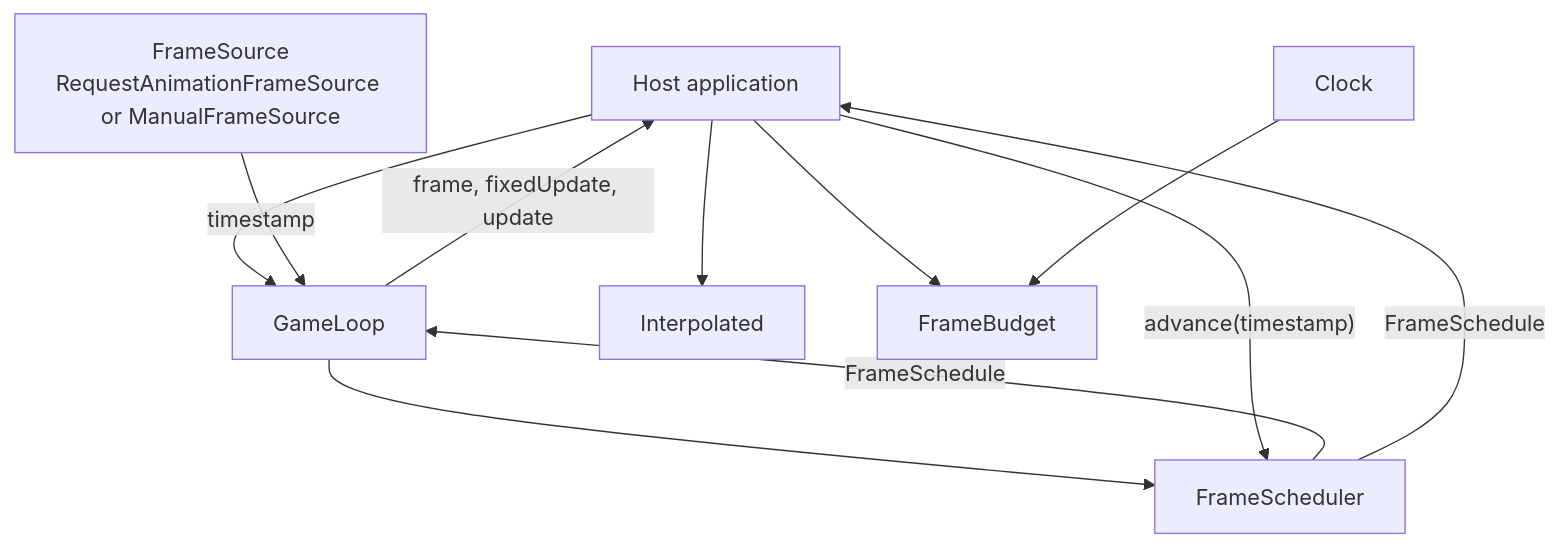
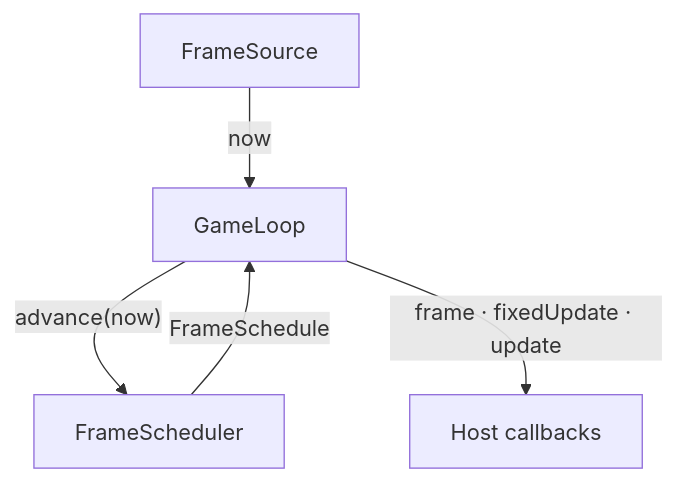
One commit to JollyPixel/editor changed the first of 3 diagrams in packages/loop/ARCHITECTURE.md. Above: the diagram before and after it, drawn with Mermaid. The commit also changed other lines of this file and 13 other files, not shown here.

Commit message:
docs(loop): revamp API docs + ARCHITECTURE.md / GLOSSARY.md

````diff
--- a/packages/loop/ARCHITECTURE.md
+++ b/packages/loop/ARCHITECTURE.md
@@ -7,15 +6,7 @@
 ```mermaid
 flowchart TB
-    Host["Host application"] --> Loop["GameLoop"]
-    Source["FrameSource<br/>RequestAnimationFrameSource or ManualFrameSource"] -->|"timestamp"| Loop
-    Loop --> Scheduler["FrameScheduler"]
+    Source["FrameSource"] -->|"now"| Loop["GameLoop"]
+    Loop -->|"advance(now)"| Scheduler["FrameScheduler"]
     Scheduler -->|"FrameSchedule"| Loop
-    Loop -->|"frame, fixedUpdate, update"| Host
-
-    Host -->|"advance(timestamp)"| Scheduler
-    Scheduler -->|"FrameSchedule"| Host
-
-    Host --> Interpolated["Interpolated"]
-    Host --> Budget["FrameBudget"]
-    Clock["Clock"] --> Budget
+    Loop -->|"frame · fixedUpdate · update"| Host["Host callbacks"]
 ```
````
